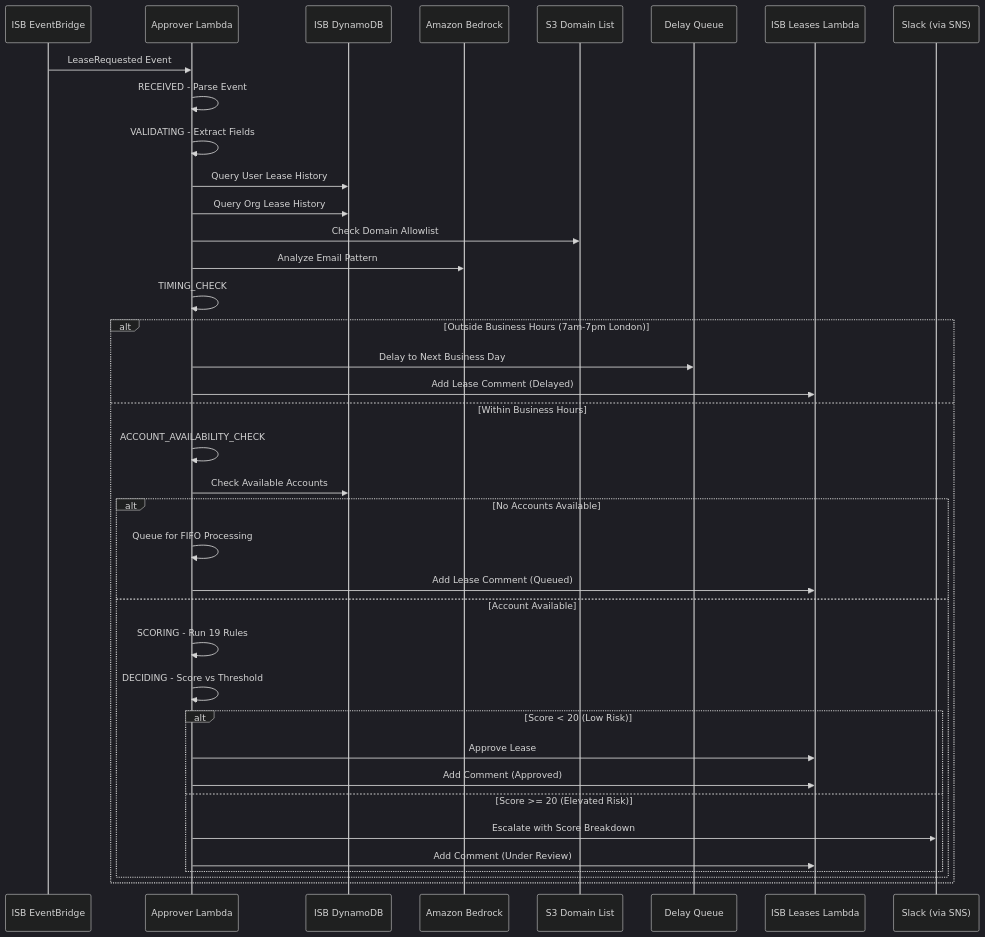
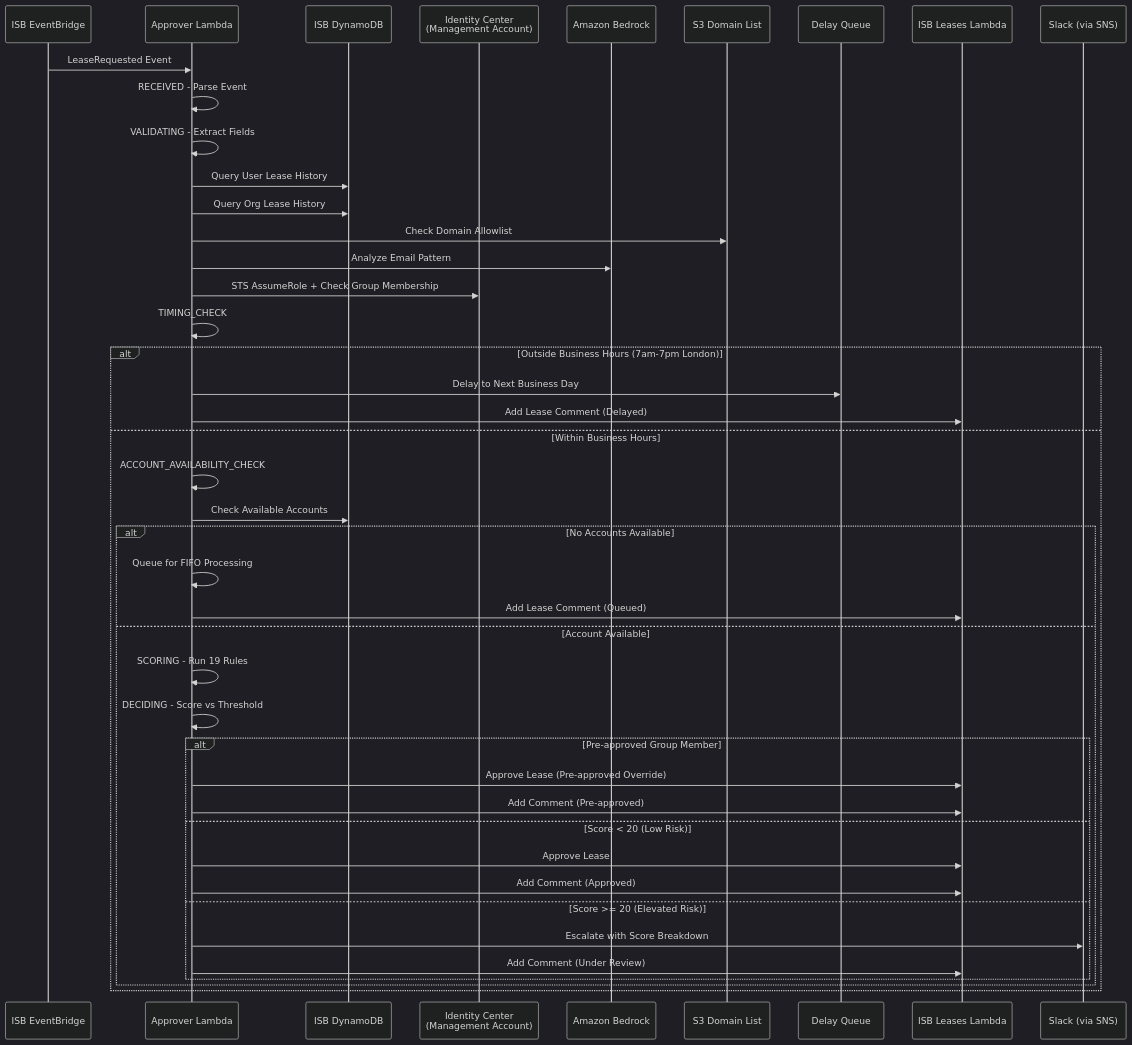
The second of 3 diagrams in docs/20-approver-system.md (co-cddo/ndx-try-arch), drawn with Mermaid (dark theme) before and after one commit. The commit also changed other lines of this file and 34 other files, not shown here.

First line of the commit message:
docs: update NDX architecture documentation (#12)

````diff
--- a/docs/20-approver-system.md
+++ b/docs/20-approver-system.md
@@ -93,46 +104,51 @@
 ```mermaid
 sequenceDiagram
     participant ISB as ISB EventBridge
     participant Lambda as Approver Lambda
     participant DDB as ISB DynamoDB
+    participant IC as Identity Center<br/>(Management Account)
     participant Bedrock as Amazon Bedrock
     participant S3 as S3 Domain List
     participant SQS as Delay Queue
     participant ISB_API as ISB Leases Lambda
     participant Slack as Slack (via SNS)
 
     ISB->>Lambda: LeaseRequested Event
     Lambda->>Lambda: RECEIVED - Parse Event
 
     Lambda->>Lambda: VALIDATING - Extract Fields
     Lambda->>DDB: Query User Lease History
     Lambda->>DDB: Query Org Lease History
     Lambda->>S3: Check Domain Allowlist
     Lambda->>Bedrock: Analyze Email Pattern
+    Lambda->>IC: STS AssumeRole + Check Group Membership
 
     Lambda->>Lambda: TIMING_CHECK
 
     alt Outside Business Hours (7am-7pm London)
         Lambda->>SQS: Delay to Next Business Day
         Lambda->>ISB_API: Add Lease Comment (Delayed)
     else Within Business Hours
         Lambda->>Lambda: ACCOUNT_AVAILABILITY_CHECK
         Lambda->>DDB: Check Available Accounts
 
         alt No Accounts Available
             Lambda->>Lambda: Queue for FIFO Processing
             Lambda->>ISB_API: Add Lease Comment (Queued)
         else Account Available
             Lambda->>Lambda: SCORING - Run 19 Rules
             Lambda->>Lambda: DECIDING - Score vs Threshold
 
-            alt Score < 20 (Low Risk)
+            alt Pre-approved Group Member
+                Lambda->>ISB_API: Approve Lease (Pre-approved Override)
+                Lambda->>ISB_API: Add Comment (Pre-approved)
+            else Score < 20 (Low Risk)
                 Lambda->>ISB_API: Approve Lease
                 Lambda->>ISB_API: Add Comment (Approved)
             else Score >= 20 (Elevated Risk)
                 Lambda->>Slack: Escalate with Score Breakdown
                 Lambda->>ISB_API: Add Comment (Under Review)
             end
         end
     end
 ```
````
